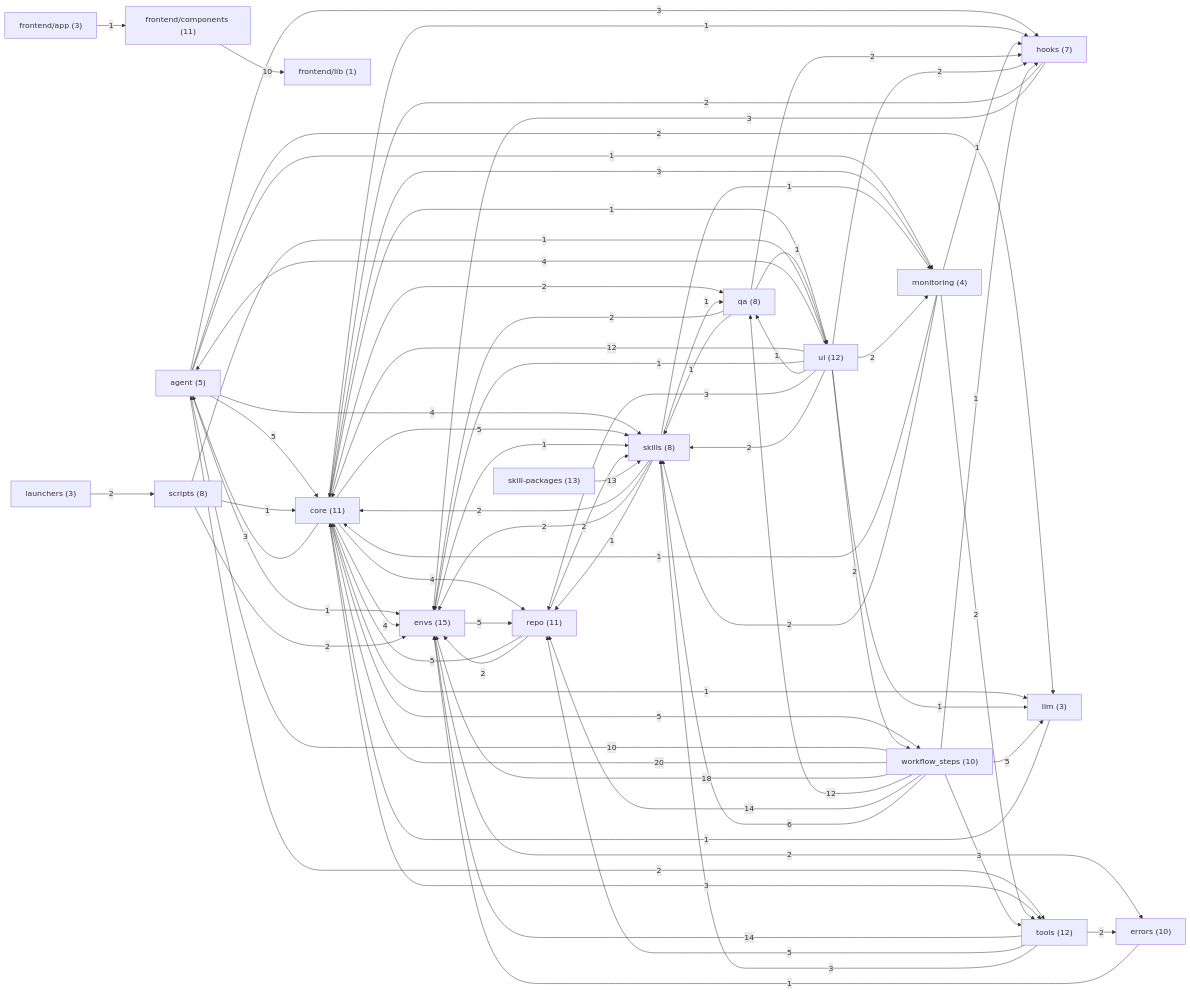
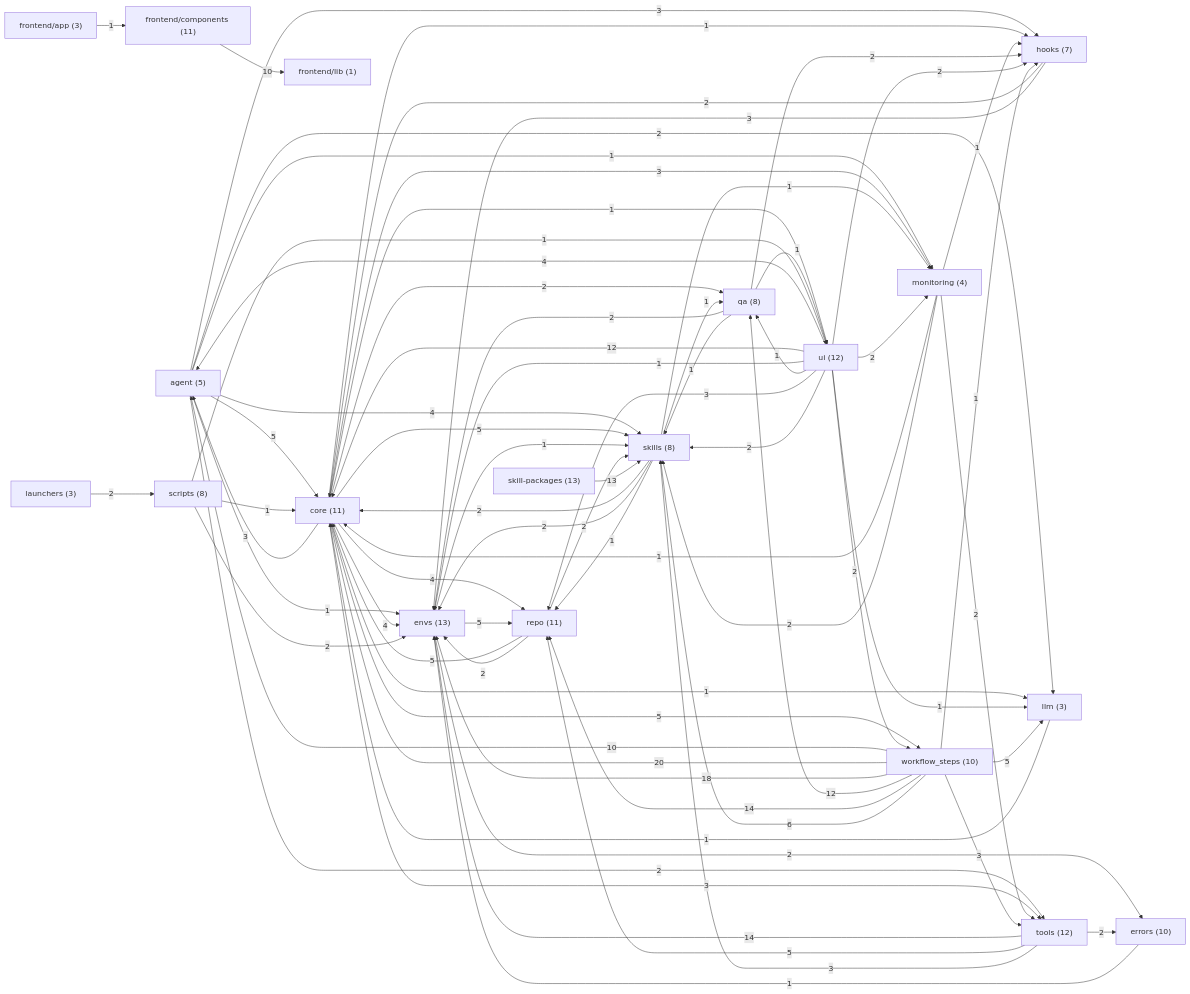
One commit to sarveshtalele/maf-harness-testing changed the second of 21 diagrams in docs/ARCHITECTURE_MAP.md. Above: the diagram before and after it, drawn with Mermaid. The commit also changed other lines of this file and 6 other files, not shown here.

```diff
--- a/docs/ARCHITECTURE_MAP.md
+++ b/docs/ARCHITECTURE_MAP.md
@@ -61,7 +61,7 @@
 flowchart LR
   g0["agent (5)"]
   g1["core (11)"]
-  g2["envs (15)"]
+  g2["envs (13)"]
   g3["errors (10)"]
   g4["frontend/app (3)"]
   g5["frontend/components (11)"]
```
